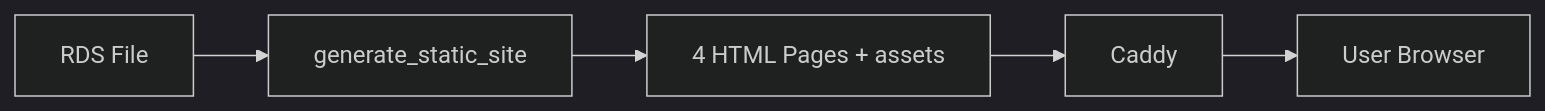
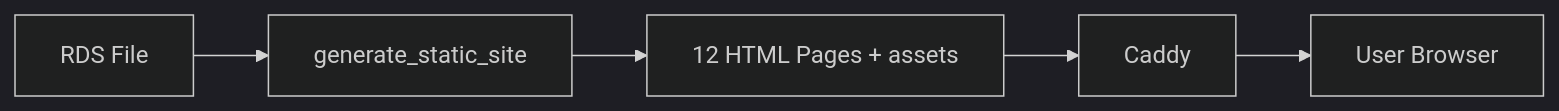
The fourth of 6 diagrams in docs/architecture/overview.md (chrisschwer/League-Simulator-Update), drawn with Mermaid (dark theme) before and after one commit. The commit also changed other lines of this file and 9 other files, not shown here.

````diff
--- a/docs/architecture/overview.md
+++ b/docs/architecture/overview.md
@@ -173,7 +175,7 @@
 ```mermaid
 graph LR
     A[RDS File] --> B[generate_static_site]
-    B --> C[4 HTML Pages + assets]
+    B --> C[12 HTML Pages + assets]
     C --> D[Caddy]
     D --> E[User Browser]
 ```
````
